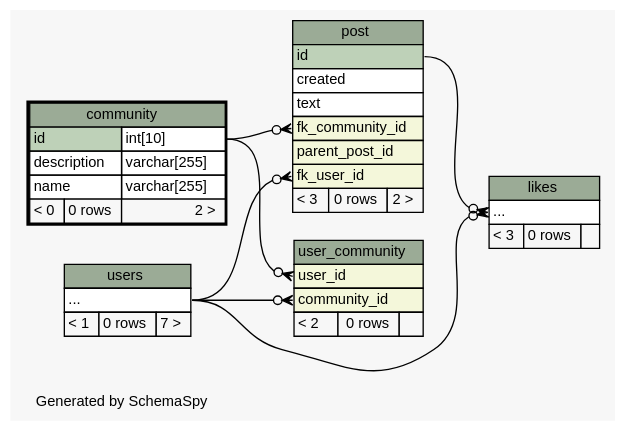
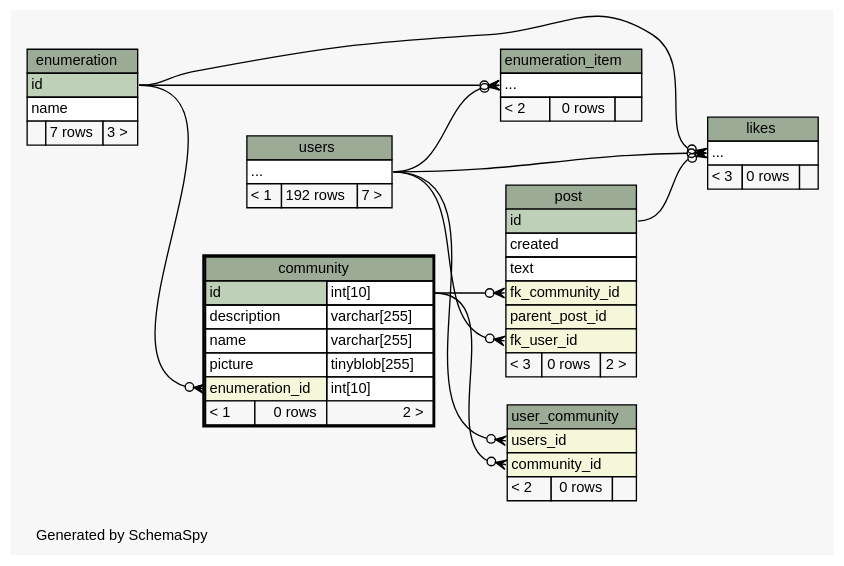
Before and after one commit to chr-krenn/chr-krenn-fhj-ws2017-sd17-pse: the diagram in doc/db_schema/diagrams/community.2degrees.dot, drawn with Graphviz. The commit also changed 72 other files, not shown here.

```diff
--- a/doc/db_schema/diagrams/community.2degrees.dot
+++ b/doc/db_schema/diagrams/community.2degrees.dot
@@ -1,86 +1,113 @@
 // dot 2.40.1 on Linux 4.12.5-300.fc26.x86_64
 // SchemaSpy rev 590
 digraph "twoDegreesRelationshipsDiagram" {
   graph [
     rankdir="RL"
     bgcolor="#f7f7f7"
     label="\nGenerated by SchemaSpy"
     labeljust="l"
     nodesep="0.18"
     ranksep="0.46"
     fontname="Helvetica"
     fontsize="11"
   ];
   node [
     fontname="Helvetica"
     fontsize="11"
     shape="plaintext"
   ];
   edge [
     arrowsize="0.8"
   ];
+  "community":"enumeration_id":w -> "enumeration":"id":e [arrowhead=none dir=back arrowtail=crowodot];
+  "enumeration_item":"elipses":w -> "enumeration":"id":e [arrowhead=none dir=back arrowtail=crowodot];
+  "enumeration_item":"elipses":w -> "users":"elipses":e [arrowhead=none dir=back arrowtail=crowodot];
+  "likes":"elipses":w -> "enumeration":"id":e [arrowhead=none dir=back arrowtail=crowodot];
   "likes":"elipses":w -> "post":"id":e [arrowhead=none dir=back arrowtail=crowodot];
   "likes":"elipses":w -> "users":"elipses":e [arrowhead=none dir=back arrowtail=crowodot];
   "post":"fk_community_id":w -> "community":"id.type":e [arrowhead=none dir=back arrowtail=crowodot];
   "post":"fk_user_id":w -> "users":"elipses":e [arrowhead=none dir=back arrowtail=crowodot];
-  "user_community":"community_id":w -> "users":"elipses":e [arrowhead=none dir=back arrowtail=crowodot];
-  "user_community":"user_id":w -> "community":"id.type":e [arrowhead=none dir=back arrowtail=crowodot];
+  "user_community":"community_id":w -> "community":"id.type":e [arrowhead=none dir=back arrowtail=crowodot];
+  "user_community":"users_id":w -> "users":"elipses":e [arrowhead=none dir=back arrowtail=crowodot];
   "community" [
     label=<
     <TABLE BORDER="2" CELLBORDER="1" CELLSPACING="0" BGCOLOR="#ffffff">
       <TR><TD COLSPAN="3" BGCOLOR="#9bab96" ALIGN="CENTER">community</TD></TR>
       <TR><TD PORT="id" COLSPAN="2" BGCOLOR="#bed1b8" ALIGN="LEFT">id</TD><TD PORT="id.type" ALIGN="LEFT">int[10]</TD></TR>
       <TR><TD PORT="description" COLSPAN="2" ALIGN="LEFT">description</TD><TD PORT="description.type" ALIGN="LEFT">varchar[255]</TD></TR>
       <TR><TD PORT="name" COLSPAN="2" ALIGN="LEFT">name</TD><TD PORT="name.type" ALIGN="LEFT">varchar[255]</TD></TR>
-      <TR><TD ALIGN="LEFT" BGCOLOR="#f7f7f7">&lt; 0</TD><TD ALIGN="RIGHT" BGCOLOR="#f7f7f7">0 rows</TD><TD ALIGN="RIGHT" BGCOLOR="#f7f7f7">2 &gt;</TD></TR>
+      <TR><TD PORT="picture" COLSPAN="2" ALIGN="LEFT">picture</TD><TD PORT="picture.type" ALIGN="LEFT">tinyblob[255]</TD></TR>
+      <TR><TD PORT="enumeration_id" COLSPAN="2" BGCOLOR="#f4f7da" ALIGN="LEFT">enumeration_id</TD><TD PORT="enumeration_id.type" ALIGN="LEFT">int[10]</TD></TR>
+      <TR><TD ALIGN="LEFT" BGCOLOR="#f7f7f7">&lt; 1</TD><TD ALIGN="RIGHT" BGCOLOR="#f7f7f7">0 rows</TD><TD ALIGN="RIGHT" BGCOLOR="#f7f7f7">2 &gt;</TD></TR>
     </TABLE>>
     URL="community.html"
     tooltip="community"
+  ];
+  "enumeration" [
+    label=<
+    <TABLE BORDER="0" CELLBORDER="1" CELLSPACING="0" BGCOLOR="#ffffff">
+      <TR><TD COLSPAN="3" BGCOLOR="#9bab96" ALIGN="CENTER">enumeration</TD></TR>
+      <TR><TD PORT="id" COLSPAN="3" BGCOLOR="#bed1b8" ALIGN="LEFT">id</TD></TR>
+      <TR><TD PORT="name" COLSPAN="3" ALIGN="LEFT">name</TD></TR>
+      <TR><TD ALIGN="LEFT" BGCOLOR="#f7f7f7">  </TD><TD ALIGN="RIGHT" BGCOLOR="#f7f7f7">7 rows</TD><TD ALIGN="RIGHT" BGCOLOR="#f7f7f7">3 &gt;</TD></TR>
+    </TABLE>>
+    URL="enumeration.html"
+    tooltip="enumeration"
+  ];
+  "enumeration_item" [
+    label=<
+    <TABLE BORDER="0" CELLBORDER="1" CELLSPACING="0" BGCOLOR="#ffffff">
+      <TR><TD COLSPAN="3" BGCOLOR="#9bab96" ALIGN="CENTER">enumeration_item</TD></TR>
+      <TR><TD PORT="elipses" COLSPAN="3" ALIGN="LEFT">...</TD></TR>
+      <TR><TD ALIGN="LEFT" BGCOLOR="#f7f7f7">&lt; 2</TD><TD ALIGN="RIGHT" BGCOLOR="#f7f7f7">0 rows</TD><TD ALIGN="RIGHT" BGCOLOR="#f7f7f7">  </TD></TR>
+    </TABLE>>
+    URL="enumeration_item.html"
+    tooltip="enumeration_item"
   ];
   "likes" [
     label=<
     <TABLE BORDER="0" CELLBORDER="1" CELLSPACING="0" BGCOLOR="#ffffff">
       <TR><TD COLSPAN="3" BGCOLOR="#9bab96" ALIGN="CENTER">likes</TD></TR>
       <TR><TD PORT="elipses" COLSPAN="3" ALIGN="LEFT">...</TD></TR>
       <TR><TD ALIGN="LEFT" BGCOLOR="#f7f7f7">&lt; 3</TD><TD ALIGN="RIGHT" BGCOLOR="#f7f7f7">0 rows</TD><TD ALIGN="RIGHT" BGCOLOR="#f7f7f7">  </TD></TR>
     </TABLE>>
     URL="likes.html"
     tooltip="likes"
   ];
   "post" [
     label=<
     <TABLE BORDER="0" CELLBORDER="1" CELLSPACING="0" BGCOLOR="#ffffff">
       <TR><TD COLSPAN="3" BGCOLOR="#9bab96" ALIGN="CENTER">post</TD></TR>
       <TR><TD PORT="id" COLSPAN="3" BGCOLOR="#bed1b8" ALIGN="LEFT">id</TD></TR>
       <TR><TD PORT="created" COLSPAN="3" ALIGN="LEFT">created</TD></TR>
       <TR><TD PORT="text" COLSPAN="3" ALIGN="LEFT">text</TD></TR>
       <TR><TD PORT="fk_community_id" COLSPAN="3" BGCOLOR="#f4f7da" ALIGN="LEFT">fk_community_id</TD></TR>
       <TR><TD PORT="parent_post_id" COLSPAN="3" BGCOLOR="#f4f7da" ALIGN="LEFT">parent_post_id</TD></TR>
       <TR><TD PORT="fk_user_id" COLSPAN="3" BGCOLOR="#f4f7da" ALIGN="LEFT">fk_user_id</TD></TR>
       <TR><TD ALIGN="LEFT" BGCOLOR="#f7f7f7">&lt; 3</TD><TD ALIGN="RIGHT" BGCOLOR="#f7f7f7">0 rows</TD><TD ALIGN="RIGHT" BGCOLOR="#f7f7f7">2 &gt;</TD></TR>
     </TABLE>>
     URL="post.html"
     tooltip="post"
   ];
   "user_community" [
     label=<
     <TABLE BORDER="0" CELLBORDER="1" CELLSPACING="0" BGCOLOR="#ffffff">
       <TR><TD COLSPAN="3" BGCOLOR="#9bab96" ALIGN="CENTER">user_community</TD></TR>
-      <TR><TD PORT="user_id" COLSPAN="3" BGCOLOR="#f4f7da" ALIGN="LEFT">user_id</TD></TR>
+      <TR><TD PORT="users_id" COLSPAN="3" BGCOLOR="#f4f7da" ALIGN="LEFT">users_id</TD></TR>
       <TR><TD PORT="community_id" COLSPAN="3" BGCOLOR="#f4f7da" ALIGN="LEFT">community_id</TD></TR>
       <TR><TD ALIGN="LEFT" BGCOLOR="#f7f7f7">&lt; 2</TD><TD ALIGN="RIGHT" BGCOLOR="#f7f7f7">0 rows</TD><TD ALIGN="RIGHT" BGCOLOR="#f7f7f7">  </TD></TR>
     </TABLE>>
     URL="user_community.html"
     tooltip="user_community"
   ];
   "users" [
     label=<
     <TABLE BORDER="0" CELLBORDER="1" CELLSPACING="0" BGCOLOR="#ffffff">
       <TR><TD COLSPAN="3" BGCOLOR="#9bab96" ALIGN="CENTER">users</TD></TR>
       <TR><TD PORT="elipses" COLSPAN="3" ALIGN="LEFT">...</TD></TR>
-      <TR><TD ALIGN="LEFT" BGCOLOR="#f7f7f7">&lt; 1</TD><TD ALIGN="RIGHT" BGCOLOR="#f7f7f7">0 rows</TD><TD ALIGN="RIGHT" BGCOLOR="#f7f7f7">7 &gt;</TD></TR>
+      <TR><TD ALIGN="LEFT" BGCOLOR="#f7f7f7">&lt; 1</TD><TD ALIGN="RIGHT" BGCOLOR="#f7f7f7">192 rows</TD><TD ALIGN="RIGHT" BGCOLOR="#f7f7f7">7 &gt;</TD></TR>
     </TABLE>>
     URL="users.html"
     tooltip="users"
   ];
 }
```
